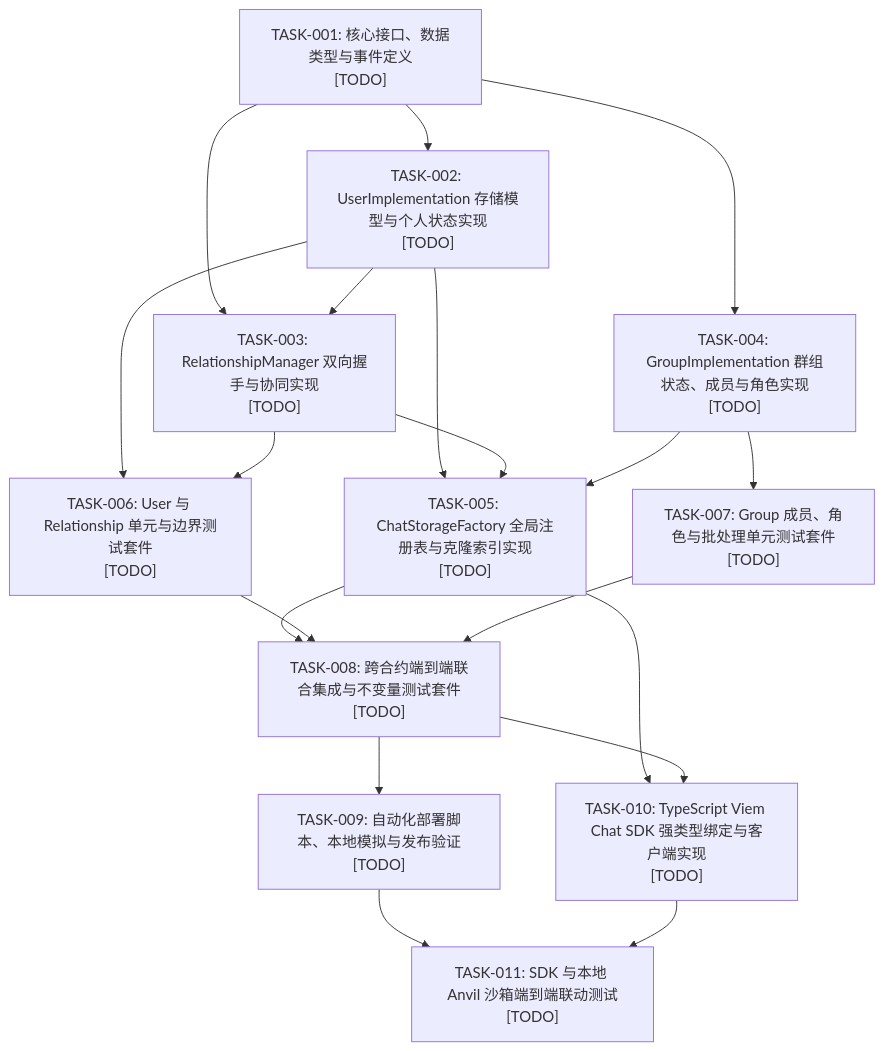
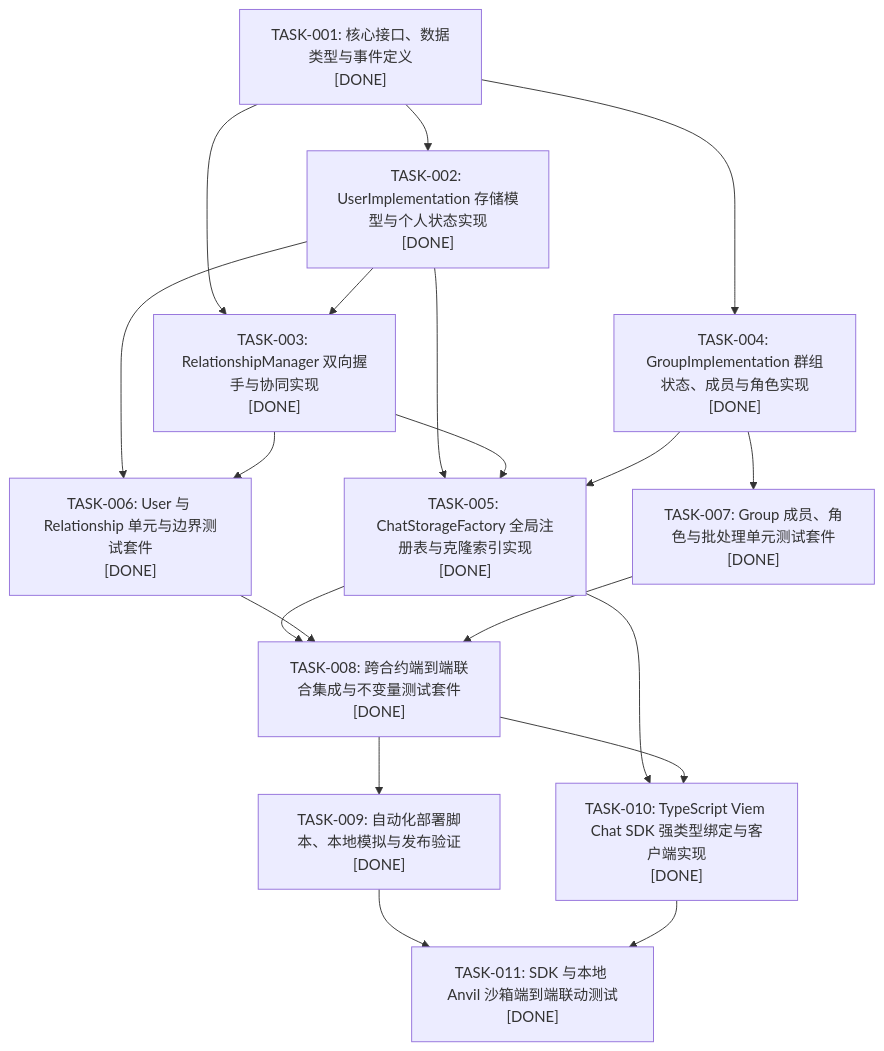
One commit to xzsean666/web3-chat-contract changed the diagram in docs/AI/TASK_INDEX.md. Above: the diagram before and after it, drawn with Mermaid. The commit also changed other lines of this file and 46 other files, not shown here.

First line of the commit message:
feat: implement EVM Chat State Storage Protocol contracts, test suites, and TypeScript Viem SDK

````diff
--- a/docs/AI/TASK_INDEX.md
+++ b/docs/AI/TASK_INDEX.md
@@ -9,26 +9,26 @@
 ```mermaid
 flowchart TD
-    TASK001["TASK-001: 核心接口、数据类型与事件定义\n[TODO]"]
-    TASK002["TASK-002: UserImplementation 存储模型与个人状态实现\n[TODO]"]
-    TASK003["TASK-003: RelationshipManager 双向握手与协同实现\n[TODO]"]
-    TASK004["TASK-004: GroupImplementation 群组状态、成员与角色实现\n[TODO]"]
-    TASK005["TASK-005: ChatStorageFactory 全局注册表与克隆索引实现\n[TODO]"]
-    TASK006["TASK-006: User 与 Relationship 单元与边界测试套件\n[TODO]"]
-    TASK007["TASK-007: Group 成员、角色与批处理单元测试套件\n[TODO]"]
-    TASK008["TASK-008: 跨合约端到端联合集成与不变量测试套件\n[TODO]"]
-    TASK009["TASK-009: 自动化部署脚本、本地模拟与发布验证\n[TODO]"]
-    TASK010["TASK-010: TypeScript Viem Chat SDK 强类型绑定与客户端实现\n[TODO]"]
-    TASK011["TASK-011: SDK 与本地 Anvil 沙箱端到端联动测试\n[TODO]"]
+    TASK001["TASK-001: 核心接口、数据类型与事件定义\n[DONE]"]
+    TASK002["TASK-002: UserImplementation 存储模型与个人状态实现\n[DONE]"]
+    TASK003["TASK-003: RelationshipManager 双向握手与协同实现\n[DONE]"]
+    TASK004["TASK-004: GroupImplementation 群组状态、成员与角色实现\n[DONE]"]
+    TASK005["TASK-005: ChatStorageFactory 全局注册表与克隆索引实现\n[DONE]"]
+    TASK006["TASK-006: User 与 Relationship 单元与边界测试套件\n[DONE]"]
+    TASK007["TASK-007: Group 成员、角色与批处理单元测试套件\n[DONE]"]
+    TASK008["TASK-008: 跨合约端到端联合集成与不变量测试套件\n[DONE]"]
+    TASK009["TASK-009: 自动化部署脚本、本地模拟与发布验证\n[DONE]"]
+    TASK010["TASK-010: TypeScript Viem Chat SDK 强类型绑定与客户端实现\n[DONE]"]
+    TASK011["TASK-011: SDK 与本地 Anvil 沙箱端到端联动测试\n[DONE]"]
 
     TASK001 --> TASK002
     TASK001 --> TASK003
     TASK002 --> TASK003
     TASK001 --> TASK004
     TASK002 & TASK003 & TASK004 --> TASK005
     TASK002 & TASK003 --> TASK006
     TASK004 --> TASK007
     TASK005 & TASK006 & TASK007 --> TASK008
     TASK008 --> TASK009
     TASK005 & TASK008 --> TASK010
     TASK009 & TASK010 --> TASK011
 ```
````
